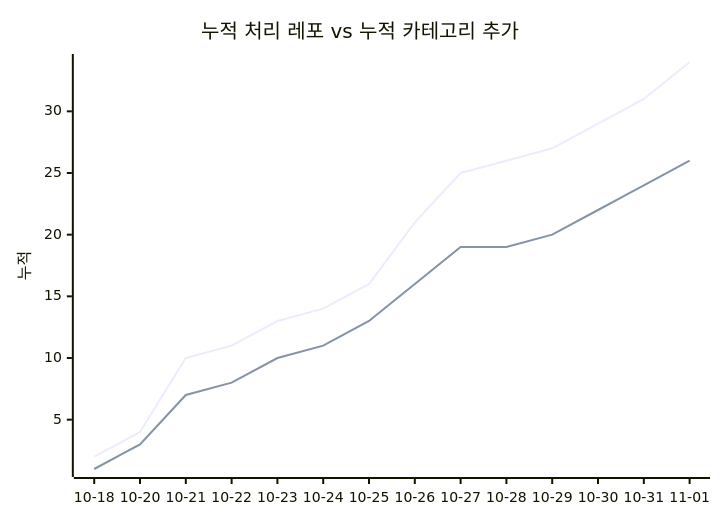
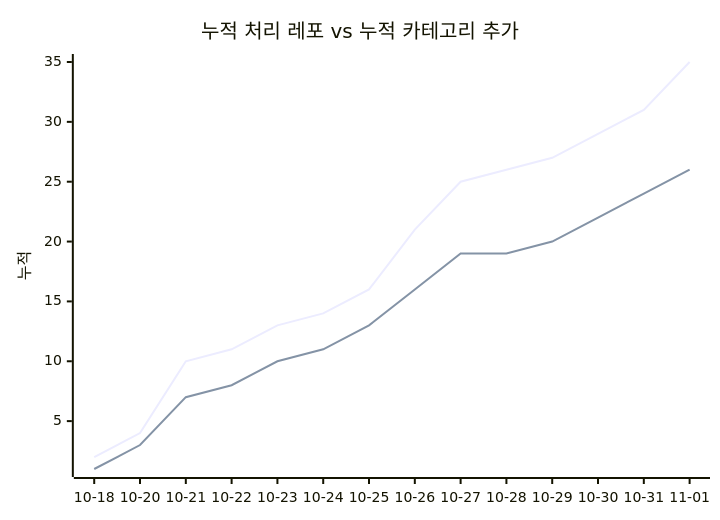
One commit to J-nowcow/awesome-korean-agent-skills changed the second of 2 diagrams in docs/trends.md. Above: the diagram before and after it, drawn with Mermaid. The commit also changed other lines of this file and 2 other files, not shown here.

````diff
--- a/docs/trends.md
+++ b/docs/trends.md
@@ -68,8 +68,8 @@
 ```mermaid
 xychart-beta
     title "누적 처리 레포 vs 누적 카테고리 추가"
     x-axis ["10-18","10-20","10-21","10-22","10-23","10-24","10-25","10-26","10-27","10-28","10-29","10-30","10-31","11-01"]
     y-axis "누적"
-    line [2,4,10,11,13,14,16,21,25,26,27,29,31,34]
+    line [2,4,10,11,13,14,16,21,25,26,27,29,31,35]
     line [1,3,7,8,10,11,13,16,19,19,20,22,24,26]
 ```
````
